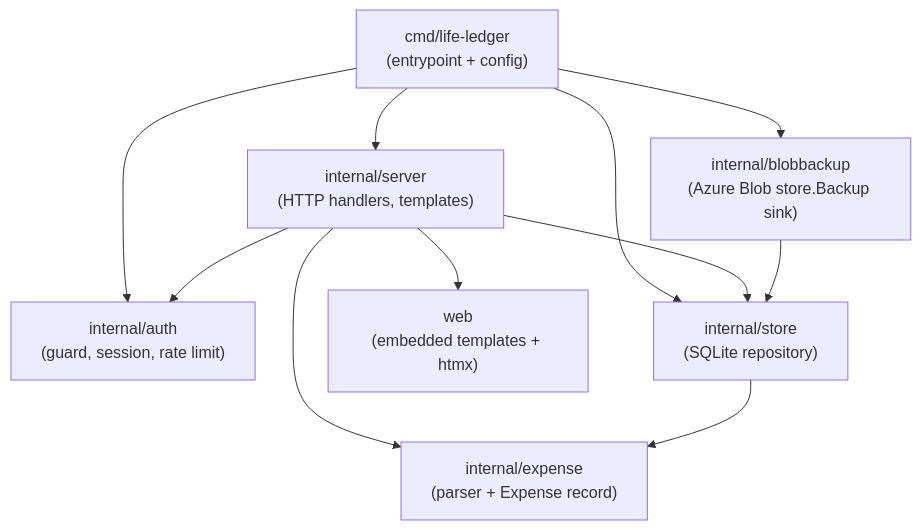
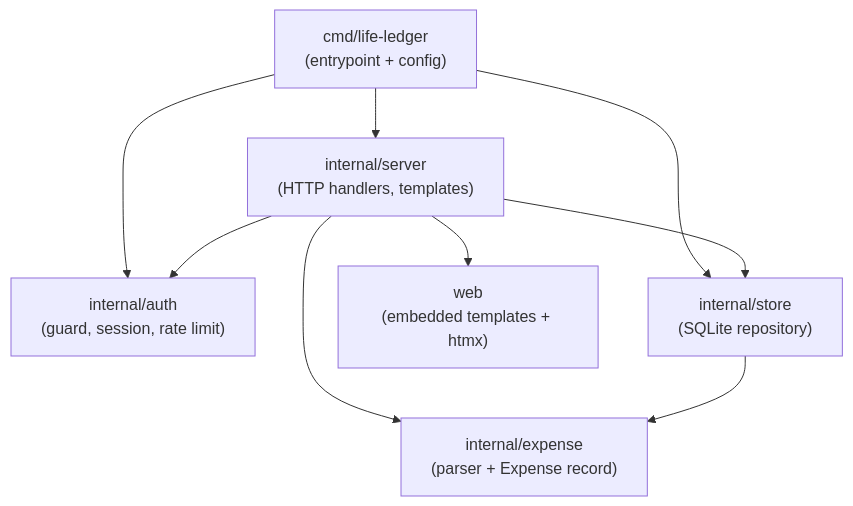
Before and after one commit to emepetres/life-ledger: the first of 3 diagrams in docs/architecture.md, drawn with Mermaid. The commit also changed other lines of this file and 183 other files, not shown here.

````diff
--- a/docs/architecture.md
+++ b/docs/architecture.md
@@ -78,21 +72,18 @@
 ```mermaid
 flowchart TD
     main["cmd/life-ledger<br/>(entrypoint + config)"]
     server["internal/server<br/>(HTTP handlers, templates)"]
     auth["internal/auth<br/>(guard, session, rate limit)"]
     store["internal/store<br/>(SQLite repository)"]
-    blobbackup["internal/blobbackup<br/>(Azure Blob store.Backup sink)"]
     expense["internal/expense<br/>(parser + Expense record)"]
     web["web<br/>(embedded templates + htmx)"]
 
     main --> server
     main --> auth
     main --> store
-    main --> blobbackup
     server --> auth
     server --> store
     server --> expense
     server --> web
     store --> expense
-    blobbackup --> store
 ```
````
